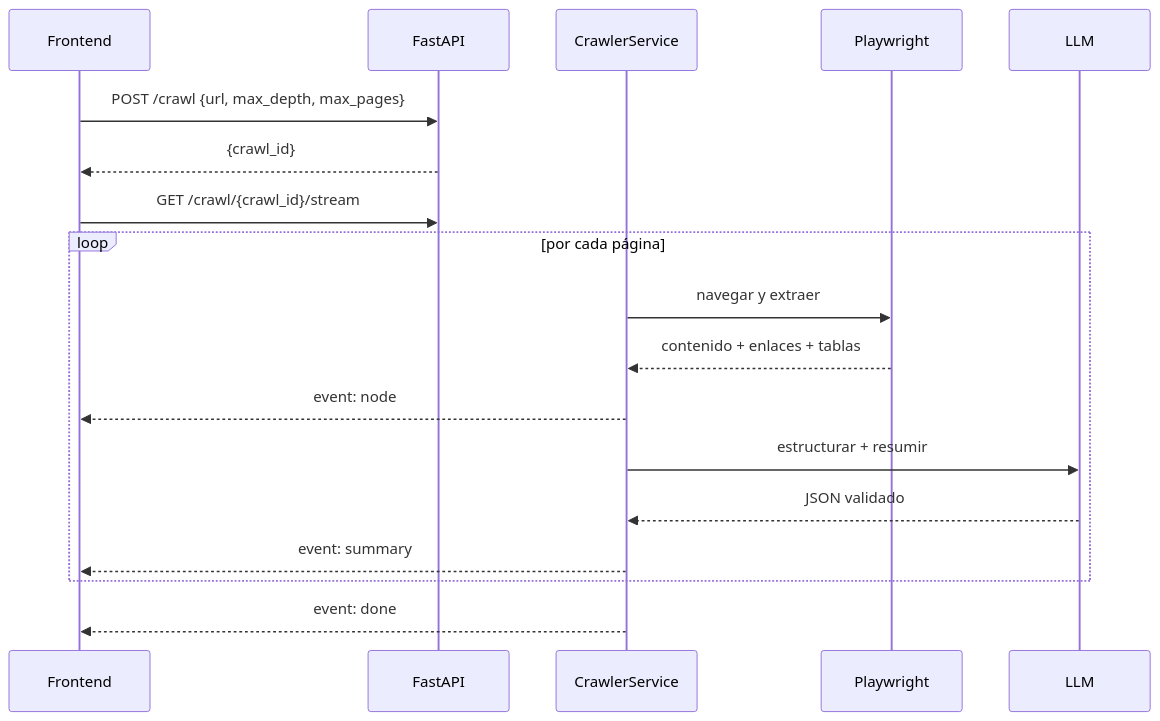
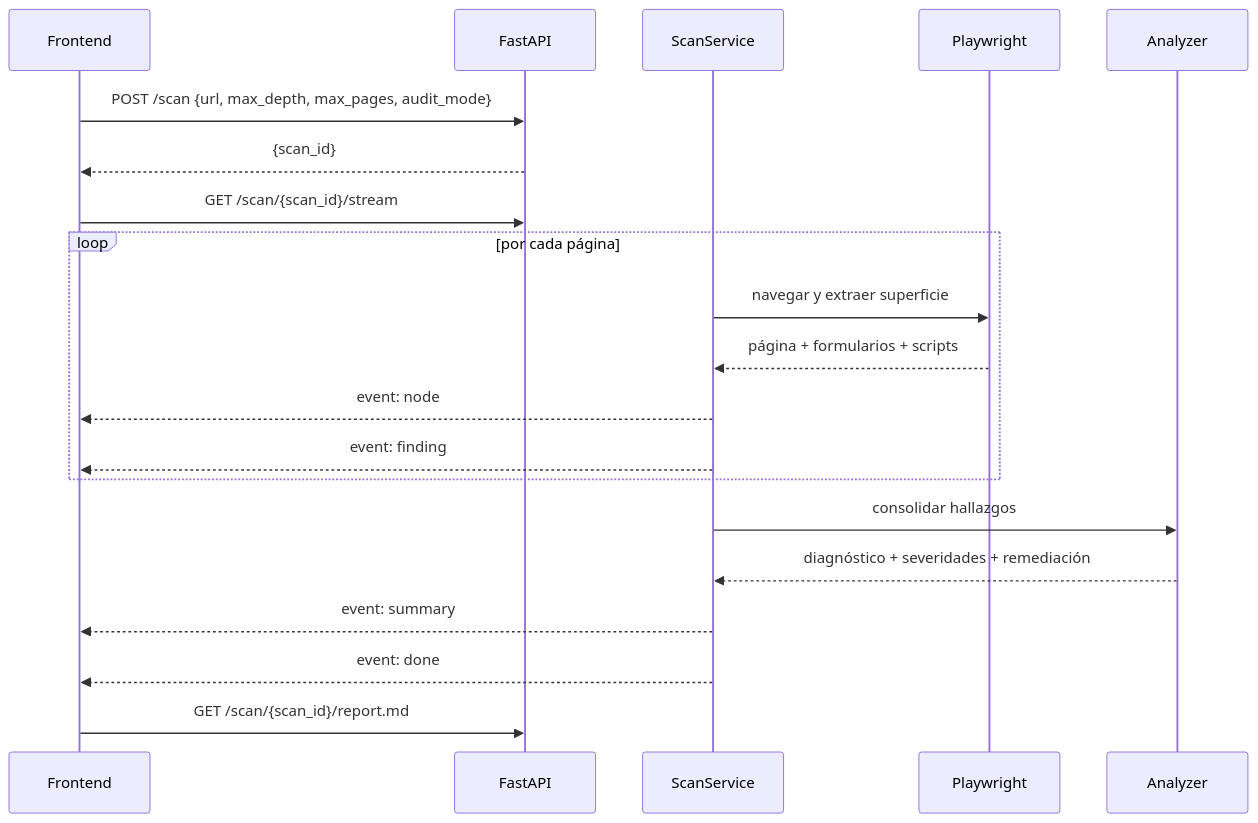
The second of 2 diagrams in README.md (CryptonDevAlex/neuro-spider-crawler), drawn with Mermaid before and after one commit. The commit also changed other lines of this file and 5 other files, not shown here.

````diff
--- a/README.md
+++ b/README.md
@@ -56,21 +64,23 @@
 ```mermaid
 sequenceDiagram
     participant UI as Frontend
     participant API as FastAPI
-    participant SVC as CrawlerService
+    participant SVC as ScanService
     participant PW as Playwright
-    participant AI as LLM
+    participant AN as Analyzer
 
-    UI->>API: POST /crawl {url, max_depth, max_pages}
-    API-->>UI: {crawl_id}
-    UI->>API: GET /crawl/{crawl_id}/stream
+    UI->>API: POST /scan {url, max_depth, max_pages, audit_mode}
+    API-->>UI: {scan_id}
+    UI->>API: GET /scan/{scan_id}/stream
     loop por cada página
-        SVC->>PW: navegar y extraer
-        PW-->>SVC: contenido + enlaces + tablas
+        SVC->>PW: navegar y extraer superficie
+        PW-->>SVC: página + formularios + scripts
         SVC-->>UI: event: node
-        SVC->>AI: estructurar + resumir
-        AI-->>SVC: JSON validado
-        SVC-->>UI: event: summary
+        SVC-->>UI: event: finding
     end
+    SVC->>AN: consolidar hallazgos
+    AN-->>SVC: diagnóstico + severidades + remediación
+    SVC-->>UI: event: summary
     SVC-->>UI: event: done
+    UI->>API: GET /scan/{scan_id}/report.md
 ```
````
